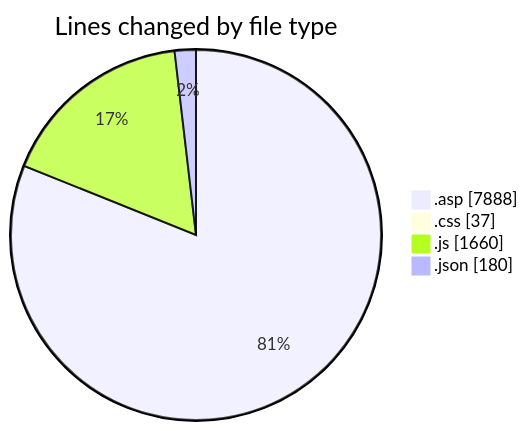
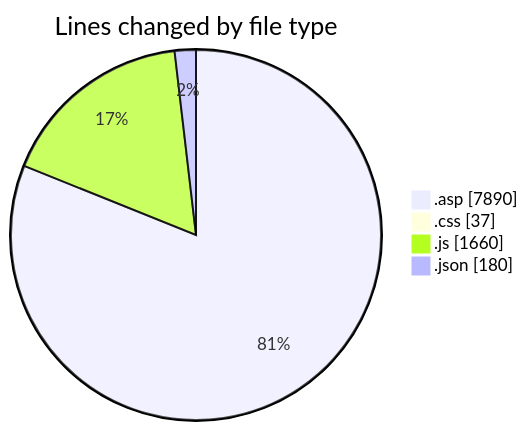
One commit to julien-gomy/code-tracking changed the first of 2 diagrams in 2025-11-02/cdp_aleoudev_fr__workspace_/README.md. Above: the diagram before and after it, drawn with Mermaid. The commit also changed other lines of this file and 1 other file, not shown here.

````diff
--- a/2025-11-02/cdp_aleoudev_fr__workspace_/README.md
+++ b/2025-11-02/cdp_aleoudev_fr__workspace_/README.md
@@ -28,8 +28,8 @@
 ```mermaid
 pie showData
 title Lines changed by file type
-".asp" : 7888
+".asp" : 7890
 ".css" : 37
 ".js" : 1660
 ".json" : 180
 ```
````
